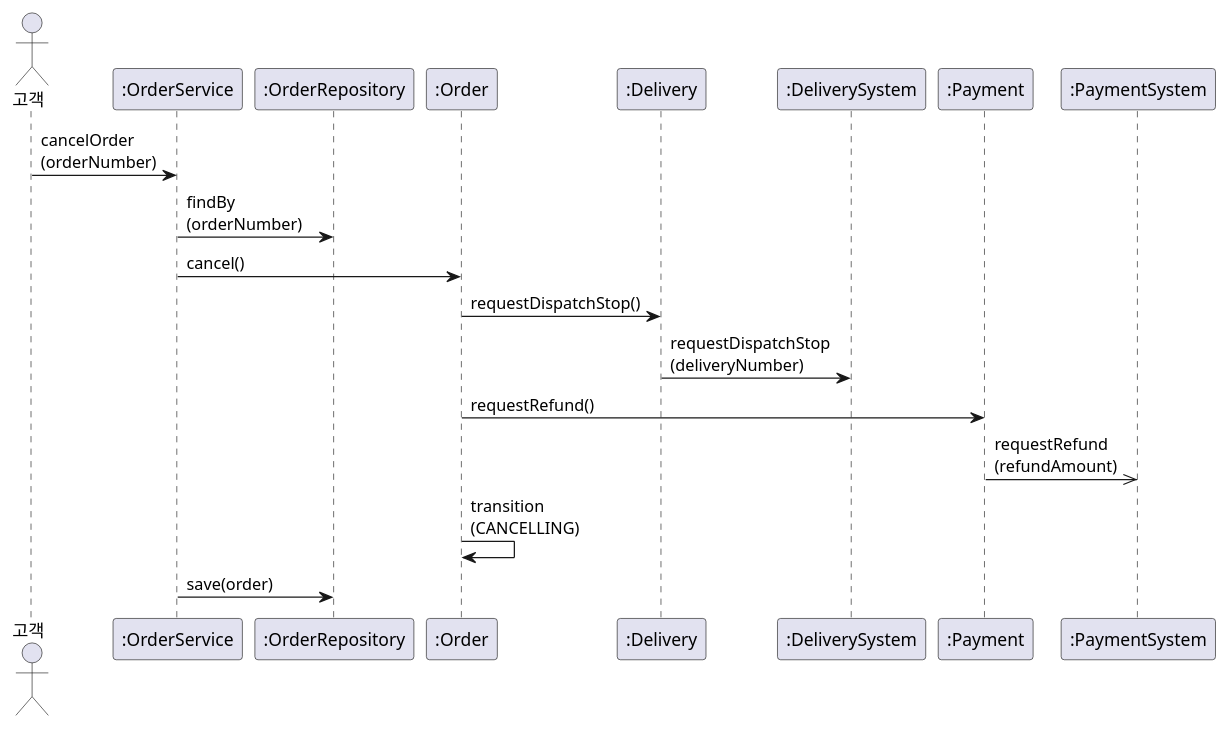
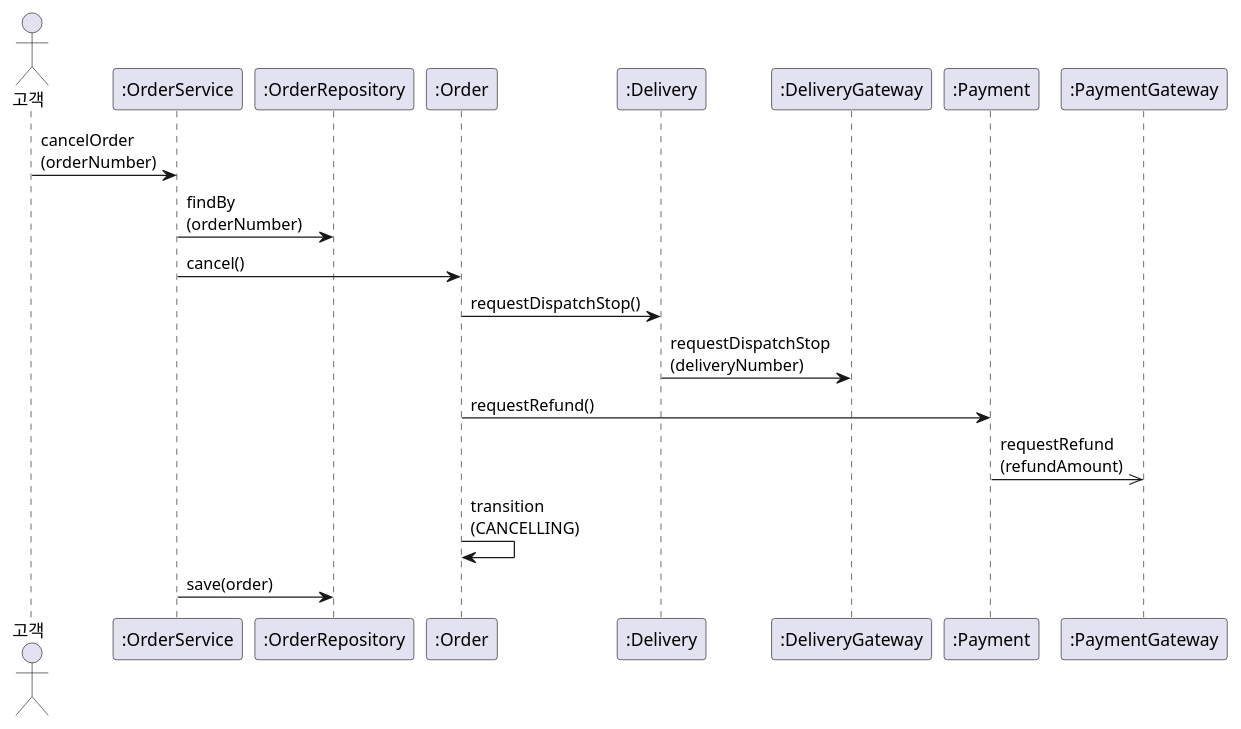
Diagram 12 of 16 in courses/ooad/sessions/s06.md (YoungSan77/TrainingMaterials), drawn with PlantUML before and after one commit. The commit also changed other lines of this file and 154 other files, not shown here.

````diff
--- a/courses/ooad/sessions/s06.md
+++ b/courses/ooad/sessions/s06.md
@@ -791,21 +791,21 @@
 ```plantuml:sequence
 @startuml
 actor "고객" as C
 participant ":OrderService" as V
 participant ":OrderRepository" as Rp
 participant ":Order" as O
 participant ":Delivery" as D
-participant ":DeliverySystem" as DS
+participant ":DeliveryGateway" as DS
 participant ":Payment" as P
 C -> V : cancelOrder\n(orderNumber)
 V -> Rp : findBy\n(orderNumber)
 V -> O : cancel()
 O -> D : requestDispatchStop()
 D -> DS : requestDispatchStop\n(deliveryNumber)
 O -> P : requestRefund()
-participant ":PaymentSystem" as X
+participant ":PaymentGateway" as X
 P ->> X : requestRefund\n(refundAmount)
 O -> O : transition\n(CANCELLING)
 V -> Rp : save(order)
 @enduml
 ```
````
